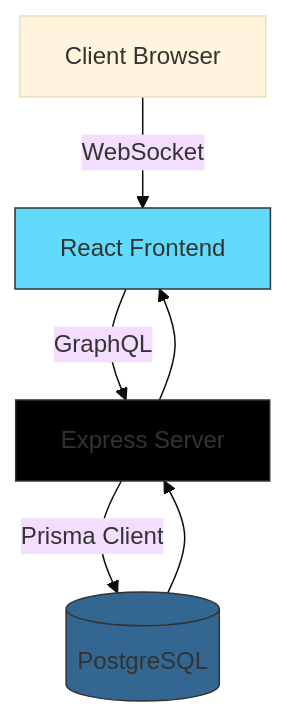
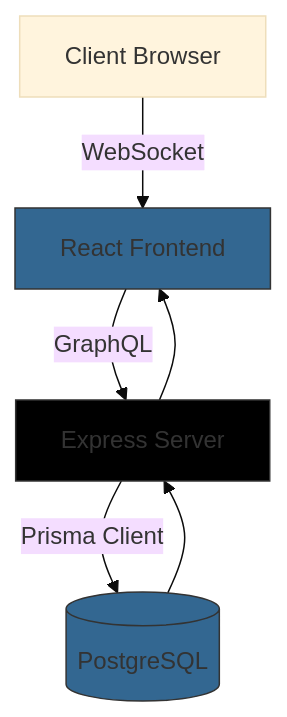
Before and after one commit to HassanMunene/Goyfeed: the diagram in README.md, drawn with Mermaid (base theme).

````diff
--- a/README.md
+++ b/README.md
@@ -48,11 +48,11 @@
 ```mermaid
 graph TD
     A[React Frontend] -->|GraphQL| B[Express Server]
     B -->|Prisma Client| C[(PostgreSQL)]
     C --> B
     B --> A
     D[Client Browser] -->|WebSocket| A
-    style A fill:#61DAFB,stroke:#333
+    style A fill:#336791,stroke:#333
     style B fill:#000000,stroke:#333
     style C fill:#336791,stroke:#333
 ```
````
